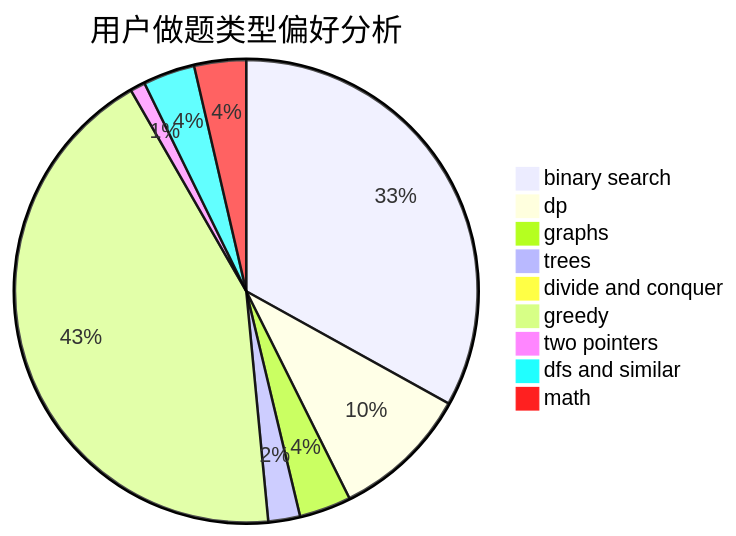
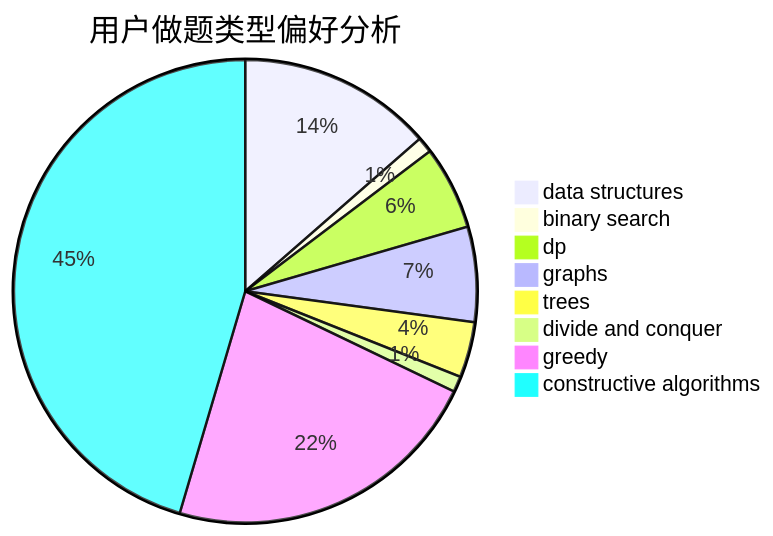
The second of 3 diagrams in docs/user/u1498.md (sherpahu/cfrs.github.io), drawn with Mermaid before and after one commit. The commit also changed other lines of this file and 2775 other files, not shown here.

````diff
--- a/docs/user/u1498.md
+++ b/docs/user/u1498.md
@@ -23,12 +23,11 @@
 ```mermaid
 pie title 用户做题类型偏好分析
-    "binary search" :  283
-    "dp" :  82
-    "graphs" :  31
-    "trees" :  19
+    "data structures" :  49
+    "binary search" :  4
+    "dp" :  21
+    "graphs" :  24
+    "trees" :  14
     "divide and conquer" :  4
-    "greedy" :  370
-    "two pointers" :  9
-    "dfs and similar" :  31
-    "math" :  31
+    "greedy" :  81
+    "constructive algorithms" :  164
 ```
````
